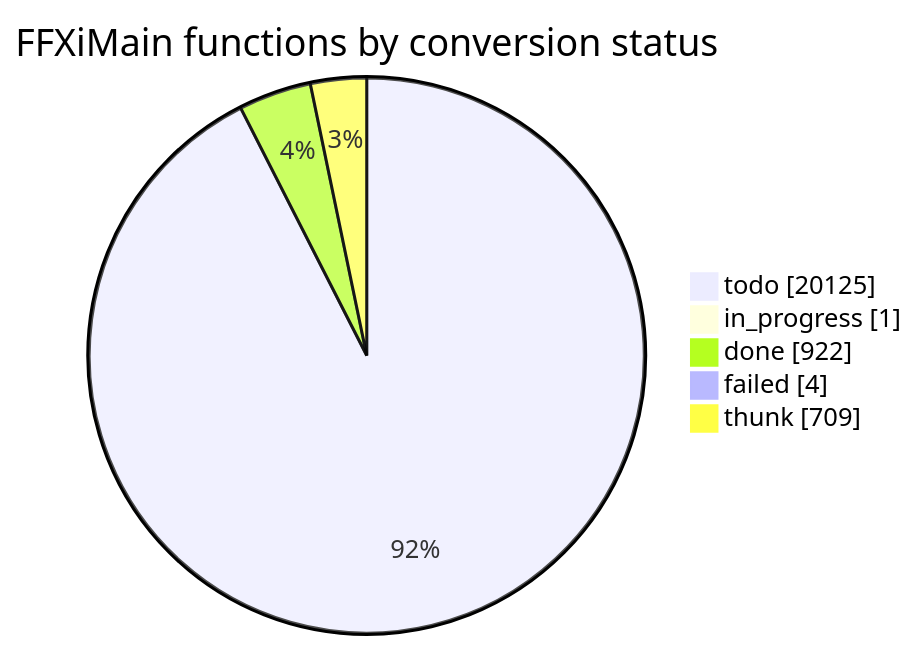
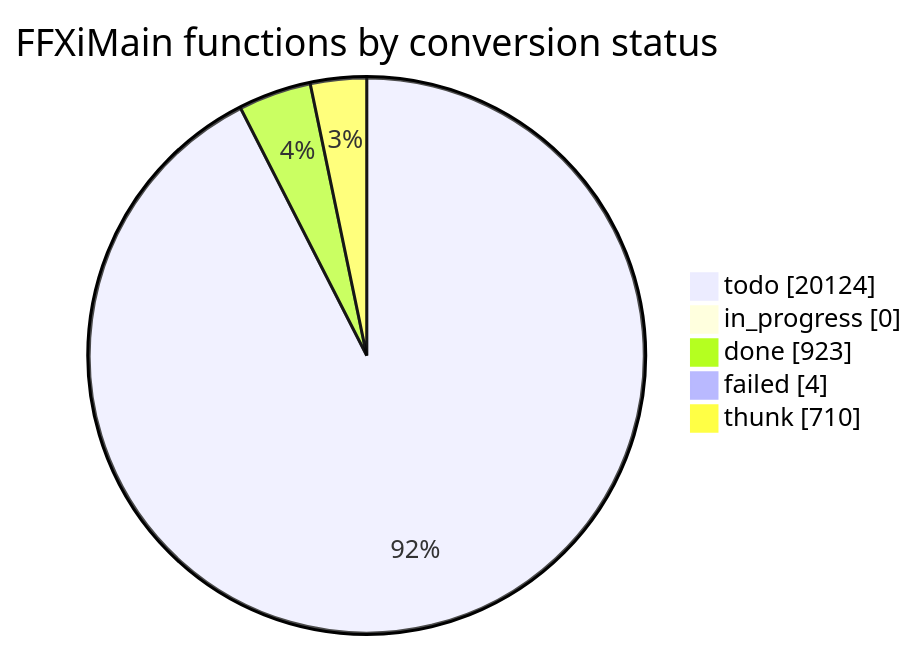
The diagram in docs/cow/STATUS.md (cowrevenge/cow_kuluu_xi_anything), drawn with Mermaid before and after one commit. The commit also changed other lines of this file and 9 other files, not shown here.

````diff
--- a/docs/cow/STATUS.md
+++ b/docs/cow/STATUS.md
@@ -18,9 +18,9 @@
 ```mermaid
 pie showData
     title FFXiMain functions by conversion status
-    "todo" : 20125
-    "in_progress" : 1
-    "done" : 922
+    "todo" : 20124
+    "in_progress" : 0
+    "done" : 923
     "failed" : 4
-    "thunk" : 709
+    "thunk" : 710
 ```
````
